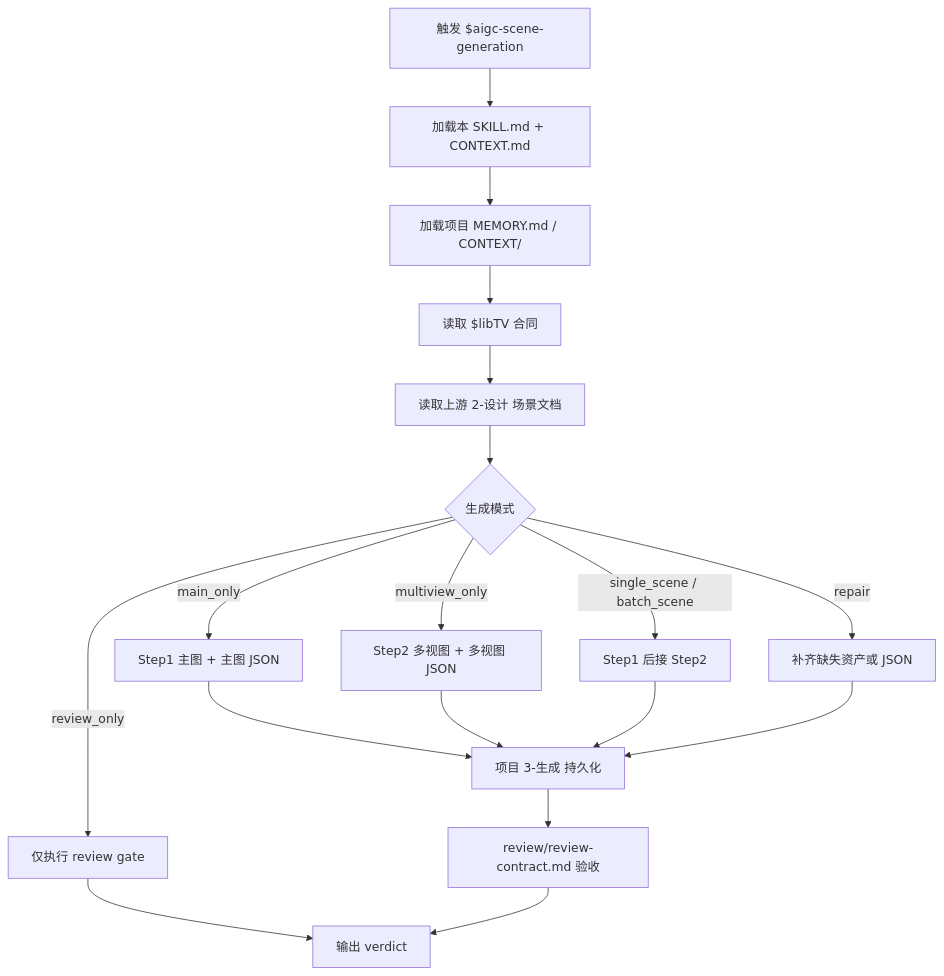
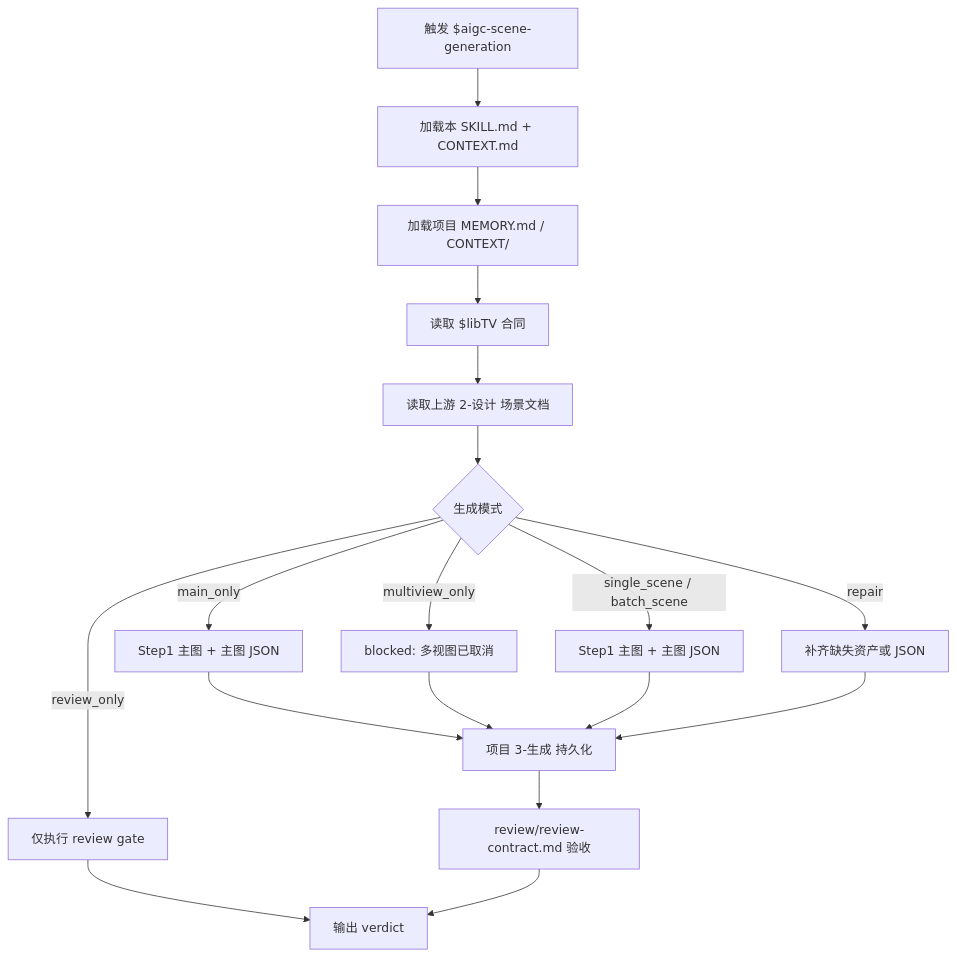
One commit to ZEN-VOID/AI-CUT changed the first of 3 diagrams in .agents/skills/aigc/3-主体/场景/3-生成/SKILL.md. Above: the diagram before and after it, drawn with Mermaid. The commit also changed other lines of this file and 49 other files, not shown here.

````diff
--- a/.agents/skills/aigc/3-主体/场景/3-生成/SKILL.md
+++ b/.agents/skills/aigc/3-主体/场景/3-生成/SKILL.md
@@ -118,20 +125,20 @@
 ```mermaid
 flowchart TD
     A["触发 $aigc-scene-generation"] --> B["加载本 SKILL.md + CONTEXT.md"]
     B --> C["加载项目 MEMORY.md / CONTEXT/"]
     C --> D["读取 $libTV 合同"]
     D --> E["读取上游 2-设计 场景文档"]
     E --> F{"生成模式"}
     F -->|"main_only"| G["Step1 主图 + 主图 JSON"]
-    F -->|"multiview_only"| H["Step2 多视图 + 多视图 JSON"]
-    F -->|"single_scene / batch_scene"| I["Step1 后接 Step2"]
+    F -->|"multiview_only"| H["blocked: 多视图已取消"]
+    F -->|"single_scene / batch_scene"| I["Step1 主图 + 主图 JSON"]
     F -->|"repair"| J["补齐缺失资产或 JSON"]
     F -->|"review_only"| K["仅执行 review gate"]
     G --> L["项目 3-生成 持久化"]
     H --> L
     I --> L
     J --> L
     K --> M["输出 verdict"]
     L --> N["review/review-contract.md 验收"]
     N --> M
 ```
````
